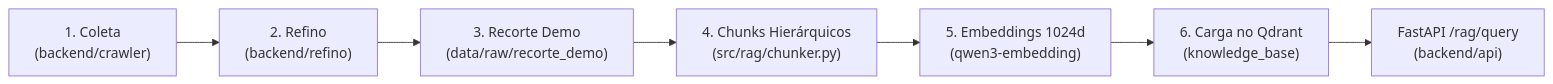
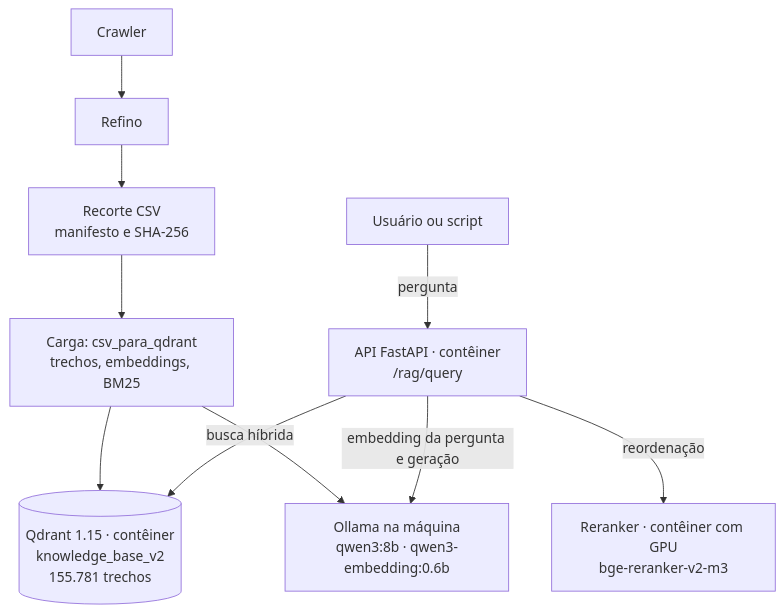
One commit to ingrdsoares/RES-IA-Challenge-2 changed the second of 2 diagrams in docs/pipeline-ingestao.md. Above: the diagram before and after it, drawn with Mermaid. The commit also changed other lines of this file and 2 other files, not shown here.

First line of the commit message:
docs: atualizar pipeline de ingestao e metricas para a base knowledge_base_v2

````diff
--- a/docs/pipeline-ingestao.md
+++ b/docs/pipeline-ingestao.md
@@ -19,9 +24,12 @@
 ```mermaid
-flowchart LR
-    A["1. Coleta<br/>(backend/crawler)"] --> B["2. Refino<br/>(backend/refino)"]
-    B --> C["3. Recorte Demo<br/>(data/raw/recorte_demo)"]
-    C --> D["4. Chunks Hierárquicos<br/>(src/rag/chunker.py)"]
-    D --> E["5. Embeddings 1024d<br/>(qwen3-embedding)"]
-    E --> F["6. Carga no Qdrant<br/>(knowledge_base)"]
-    F --> G["FastAPI /rag/query<br/>(backend/api)"]
+flowchart TB
+    CR["Crawler"] --> RF["Refino"]
+    RF --> RC["Recorte CSV<br/>manifesto e SHA-256"]
+    RC --> CQ["Carga: csv_para_qdrant<br/>trechos, embeddings, BM25"]
+    CQ --> QD[("Qdrant 1.15 · contêiner<br/>knowledge_base_v2<br/>155.781 trechos")]
+    CQ --> OL["Ollama na máquina<br/>qwen3:8b · qwen3-embedding:0.6b"]
+    U["Usuário ou script"] -->|pergunta| API["API FastAPI · contêiner<br/>/rag/query"]
+    API -->|busca híbrida| QD
+    API -->|embedding da pergunta e geração| OL
+    API -->|reordenação| RR["Reranker · contêiner com GPU<br/>bge-reranker-v2-m3"]
 ```
````
